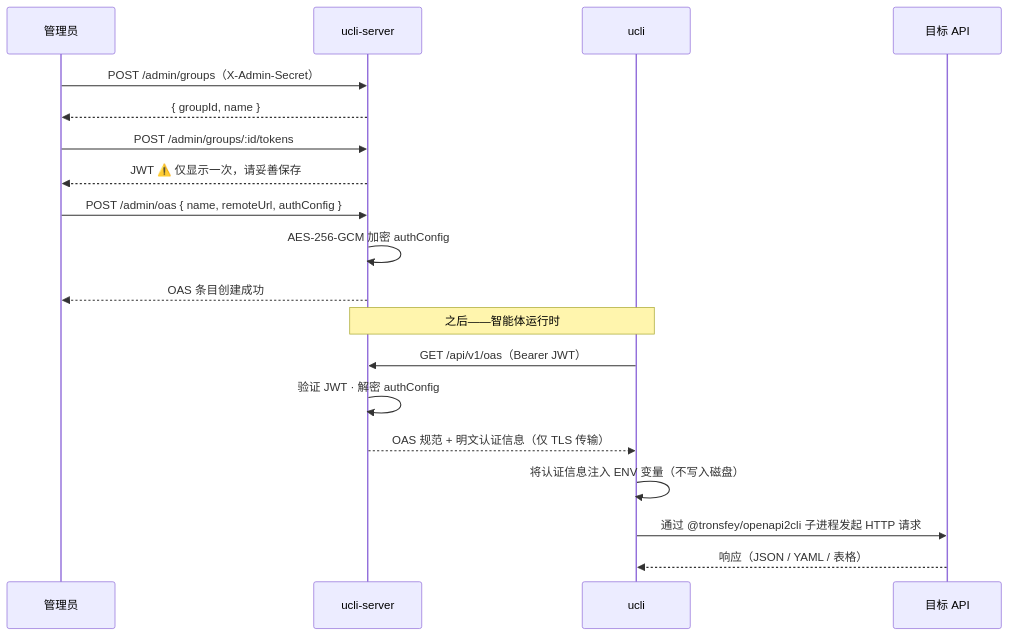
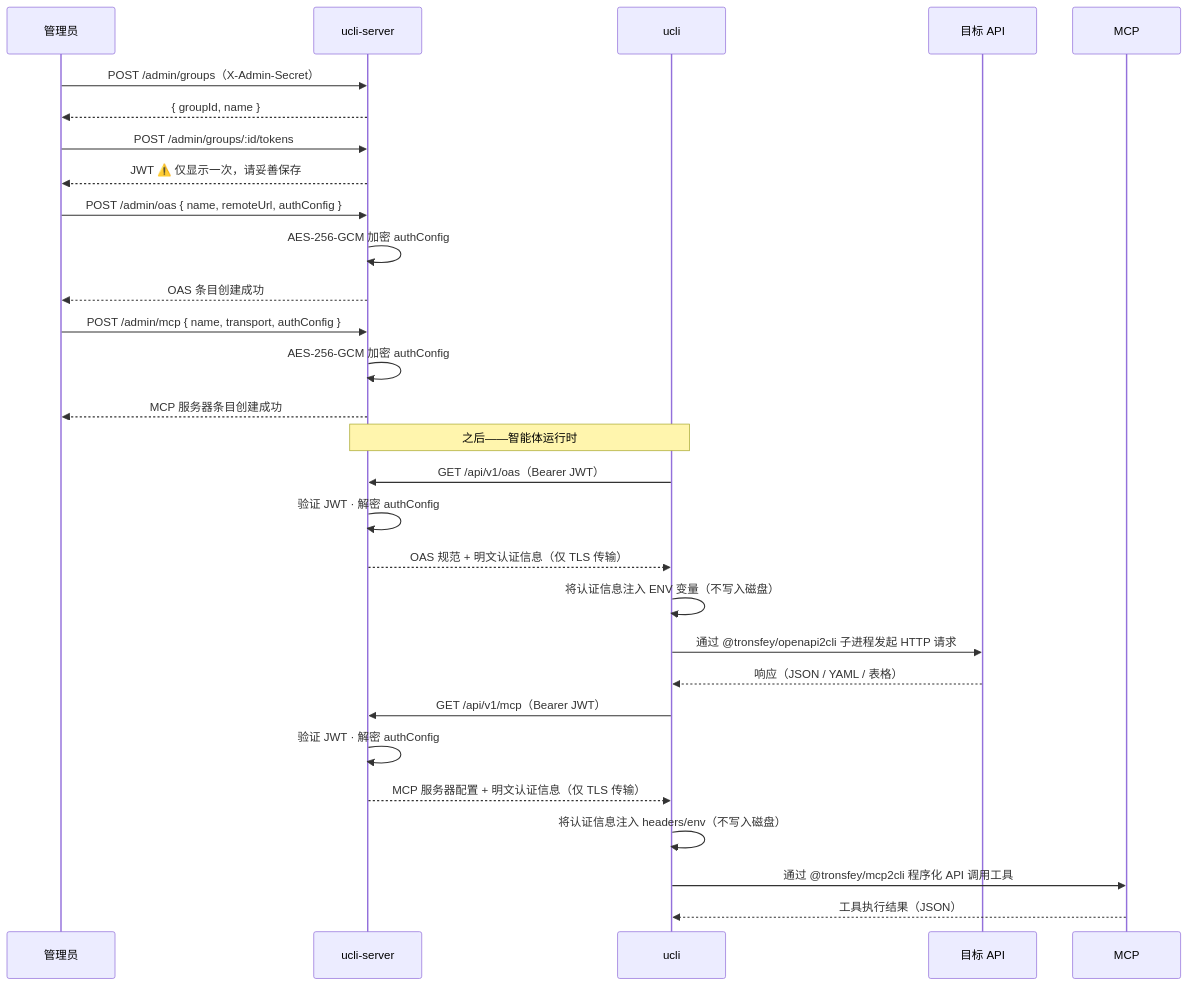
Before and after one commit to tronsfey928/ucli: the second of 2 diagrams in README.zh.md, drawn with Mermaid. The commit also changed other lines of this file and 8 other files, not shown here.

First line of the commit message:
test(e2e): add MCP admin and client E2E tests; docs: update all READMEs and skill.md with MCP coverage

````diff
--- a/README.zh.md
+++ b/README.zh.md
@@ -63,27 +65,39 @@
 ```mermaid
 sequenceDiagram
     participant Admin as 管理员
     participant Server as ucli-server
     participant CLI as ucli
     participant API as 目标 API
 
     Admin->>Server: POST /admin/groups（X-Admin-Secret）
     Server-->>Admin: { groupId, name }
 
     Admin->>Server: POST /admin/groups/:id/tokens
     Server-->>Admin: JWT  ⚠️ 仅显示一次，请妥善保存
 
     Admin->>Server: POST /admin/oas { name, remoteUrl, authConfig }
     Server->>Server: AES-256-GCM 加密 authConfig
     Server-->>Admin: OAS 条目创建成功
 
+    Admin->>Server: POST /admin/mcp { name, transport, authConfig }
+    Server->>Server: AES-256-GCM 加密 authConfig
+    Server-->>Admin: MCP 服务器条目创建成功
+
     Note over CLI,Server: 之后——智能体运行时
 
     CLI->>Server: GET /api/v1/oas（Bearer JWT）
     Server->>Server: 验证 JWT · 解密 authConfig
     Server-->>CLI: OAS 规范 + 明文认证信息（仅 TLS 传输）
 
     CLI->>CLI: 将认证信息注入 ENV 变量（不写入磁盘）
     CLI->>API: 通过 @tronsfey/openapi2cli 子进程发起 HTTP 请求
     API-->>CLI: 响应（JSON / YAML / 表格）
+
+    CLI->>Server: GET /api/v1/mcp（Bearer JWT）
+    Server->>Server: 验证 JWT · 解密 authConfig
+    Server-->>CLI: MCP 服务器配置 + 明文认证信息（仅 TLS 传输）
+
+    CLI->>CLI: 将认证信息注入 headers/env（不写入磁盘）
+    CLI->>MCP: 通过 @tronsfey/mcp2cli 程序化 API 调用工具
+    MCP-->>CLI: 工具执行结果（JSON）
 ```
````
